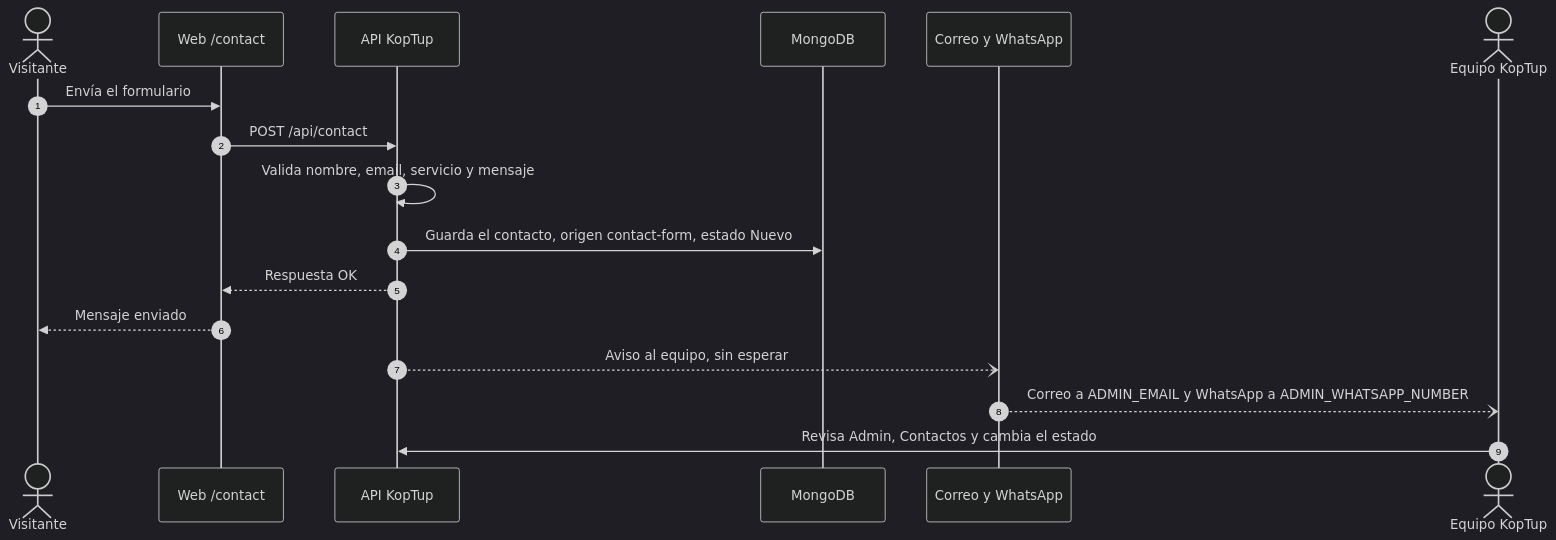
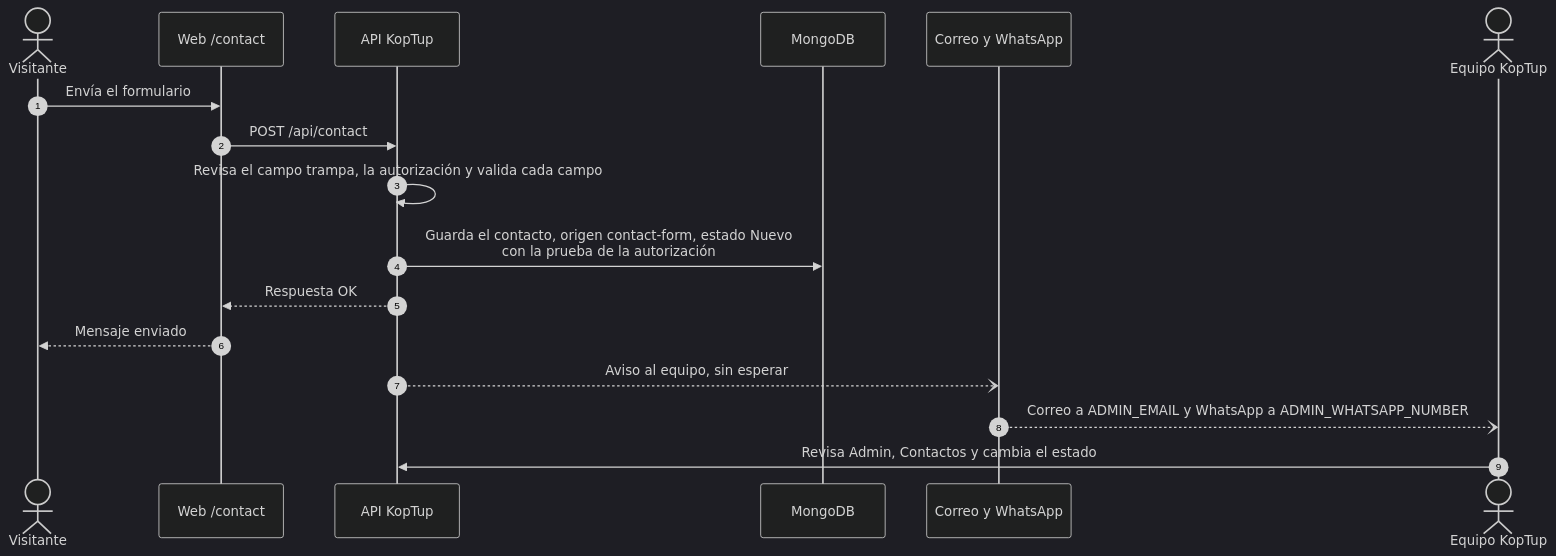
One commit to ronalc90/koptup changed the sixth of 9 diagrams in docs/wiki/Doc-04-Flujos-del-Visitante.md. Above: the diagram before and after it, drawn with Mermaid (dark theme). The commit also changed other lines of this file and 90 other files, not shown here.

````diff
--- a/docs/wiki/Doc-04-Flujos-del-Visitante.md
+++ b/docs/wiki/Doc-04-Flujos-del-Visitante.md
@@ -451,19 +452,19 @@
 ```mermaid
 sequenceDiagram
     autonumber
     actor V as Visitante
     participant W as Web /contact
     participant A as API KopTup
     participant M as MongoDB
     participant N as Correo y WhatsApp
     actor E as Equipo KopTup
     V->>W: Envía el formulario
     W->>A: POST /api/contact
-    A->>A: Valida nombre, email, servicio y mensaje
-    A->>M: Guarda el contacto, origen contact-form, estado Nuevo
+    A->>A: Revisa el campo trampa, la autorización y valida cada campo
+    A->>M: Guarda el contacto, origen contact-form, estado Nuevo<br/>con la prueba de la autorización
     A-->>W: Respuesta OK
     W-->>V: Mensaje enviado
     A--)N: Aviso al equipo, sin esperar
     N--)E: Correo a ADMIN_EMAIL y WhatsApp a ADMIN_WHATSAPP_NUMBER
     E->>A: Revisa Admin, Contactos y cambia el estado
 ```
````
